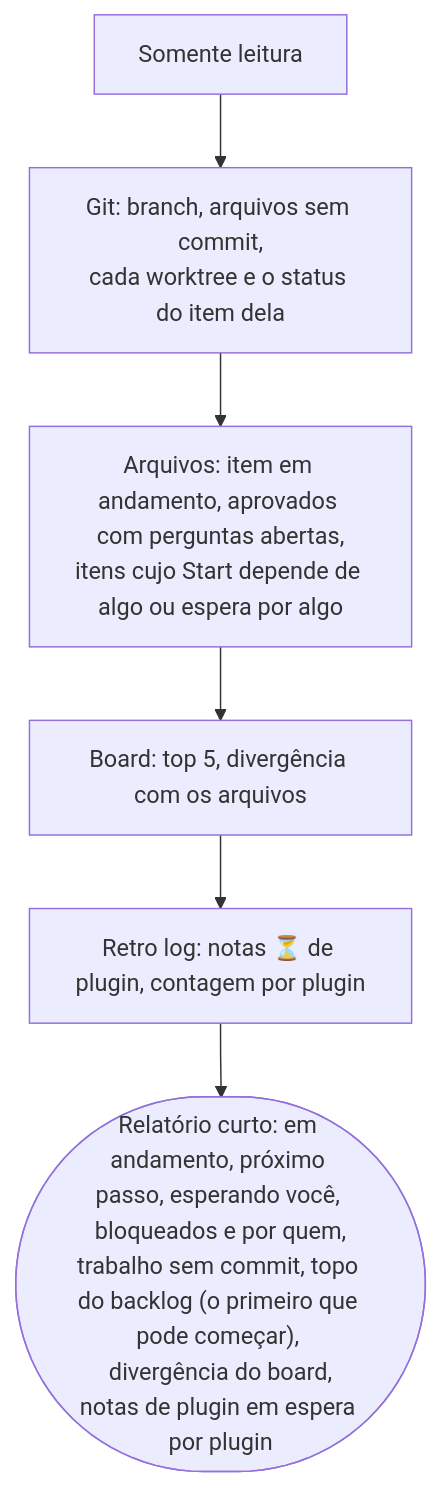
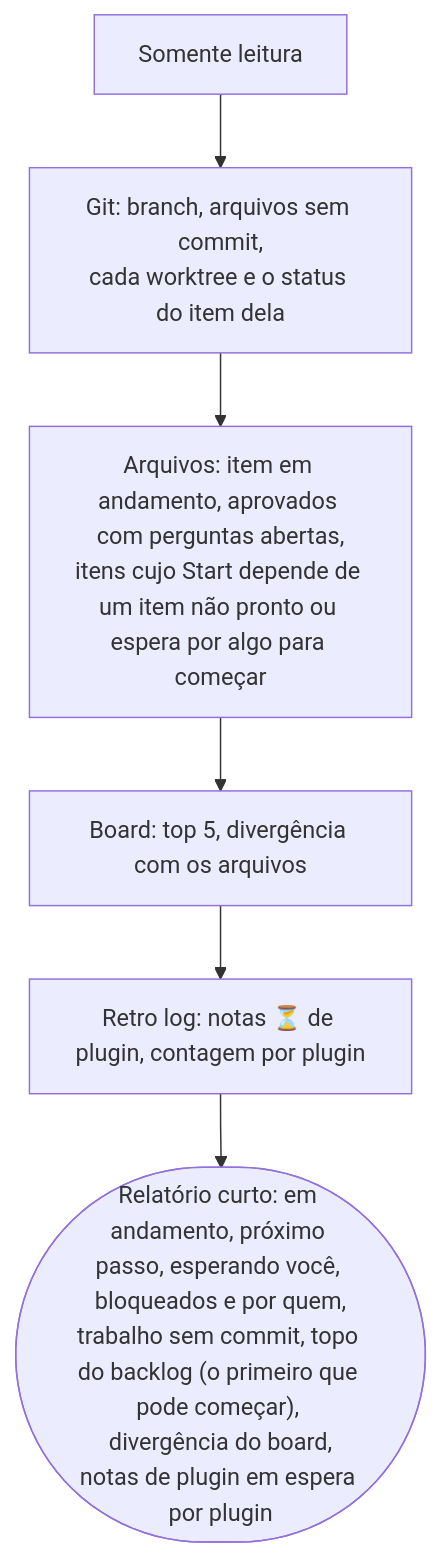
Before and after one commit to alexcanario/simulab: diagram 15 of 20 in docs/agile/workflow.pt-BR.md, drawn with Mermaid. The commit also changed other lines of this file and 17 other files, not shown here.

````diff
--- a/docs/agile/workflow.pt-BR.md
+++ b/docs/agile/workflow.pt-BR.md
@@ -1641,8 +2213,8 @@
 ```mermaid
 flowchart TD
     A["Somente leitura"] --> B["Git: branch, arquivos sem commit,<br/>cada worktree e o status do item dela"]
-    B --> C["Arquivos: item em andamento, aprovados com perguntas abertas,<br/>itens cujo Start depende de algo ou espera por algo"]
+    B --> C["Arquivos: item em andamento, aprovados com perguntas abertas,<br/>itens cujo Start depende de um item não pronto ou espera por algo para começar"]
     C --> D["Board: top 5, divergência com os arquivos"]
     D --> E["Retro log: notas ⏳ de plugin, contagem por plugin"]
     E --> F(["Relatório curto: em andamento, próximo passo, esperando você, bloqueados e por quem,<br/>trabalho sem commit, topo do backlog (o primeiro que pode começar), divergência do board,<br/>notas de plugin em espera por plugin"])
 ```
````
